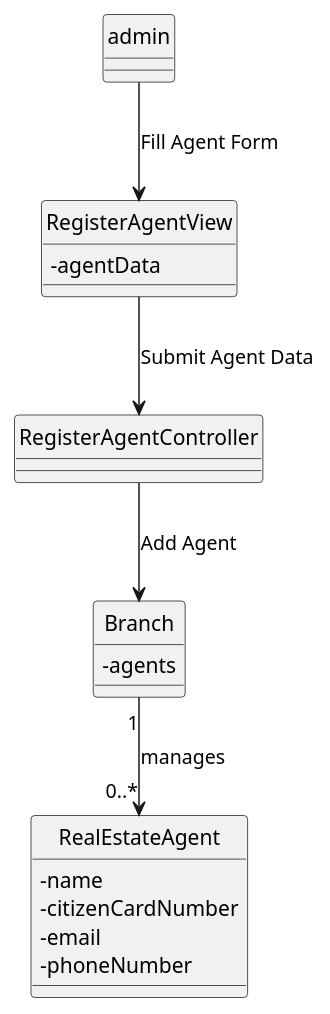
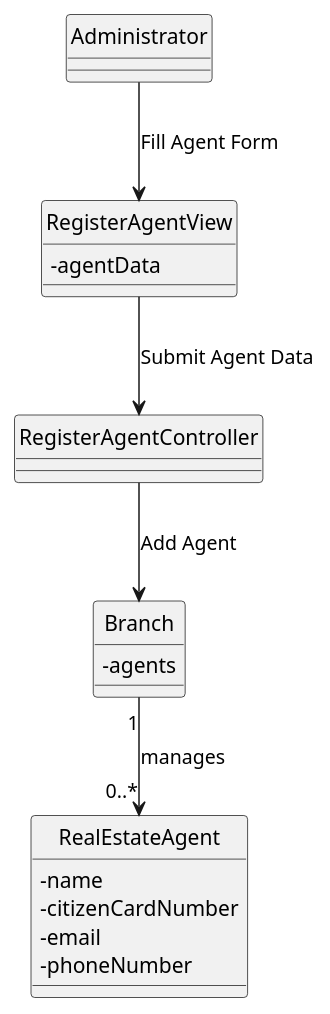
One commit to goncalomaia18/leti-esoft-24-25-A2 changed the diagram in docs/Sprint2/US11/US11-MD.puml. Above: the diagram before and after it, drawn with PlantUML. The commit also changed 5 other files, not shown here.

```diff
--- a/docs/Sprint2/US11/US11-MD.puml
+++ b/docs/Sprint2/US11/US11-MD.puml
@@ -1,29 +1,29 @@
 @startuml
 'https://plantuml.com/class-diagram
 hide circle
 skinparam classAttributeIconSize 0
 
 class RegisterAgentController {
 }
 
 class RegisterAgentView {
     - agentData
 }
 
 class Branch {
     - agents
 }
 
 class RealEstateAgent {
     - name
     - citizenCardNumber
     - email
     - phoneNumber
 }
 
 ' Relationships
-admin --> RegisterAgentView : "Fill Agent Form"
+Administrator --> RegisterAgentView : "Fill Agent Form"
 RegisterAgentView --> RegisterAgentController : "Submit Agent Data"
 RegisterAgentController --> Branch : "Add Agent"
 Branch "1" --> "0..*" RealEstateAgent : manages
 @enduml
```
